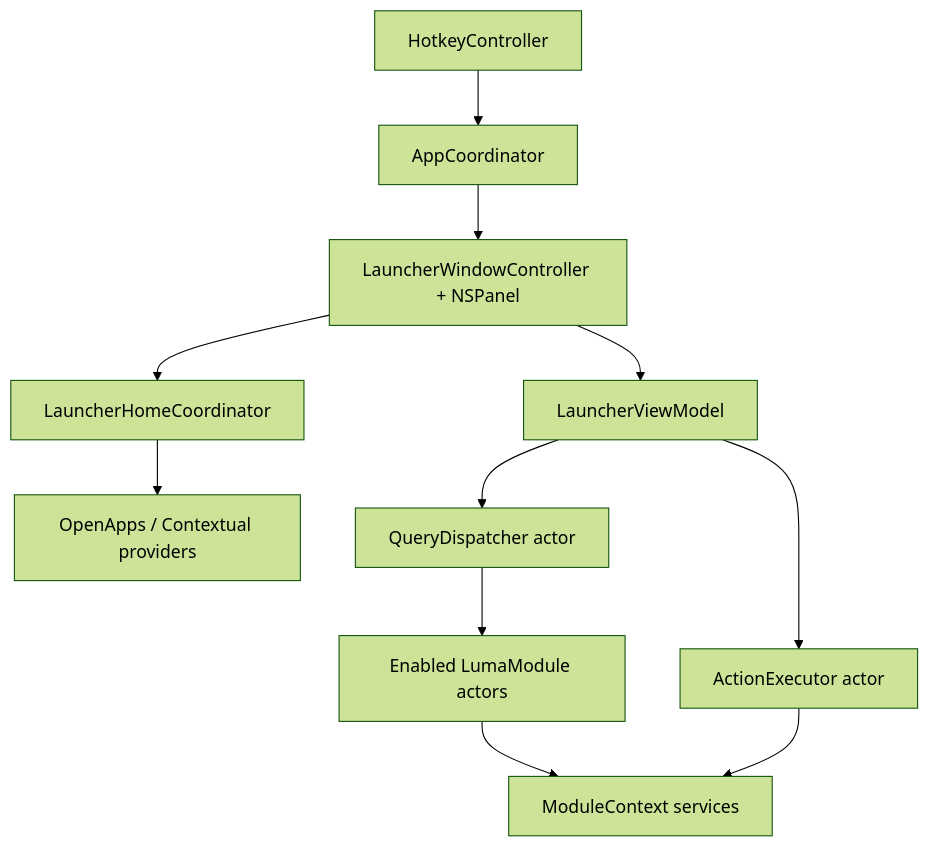
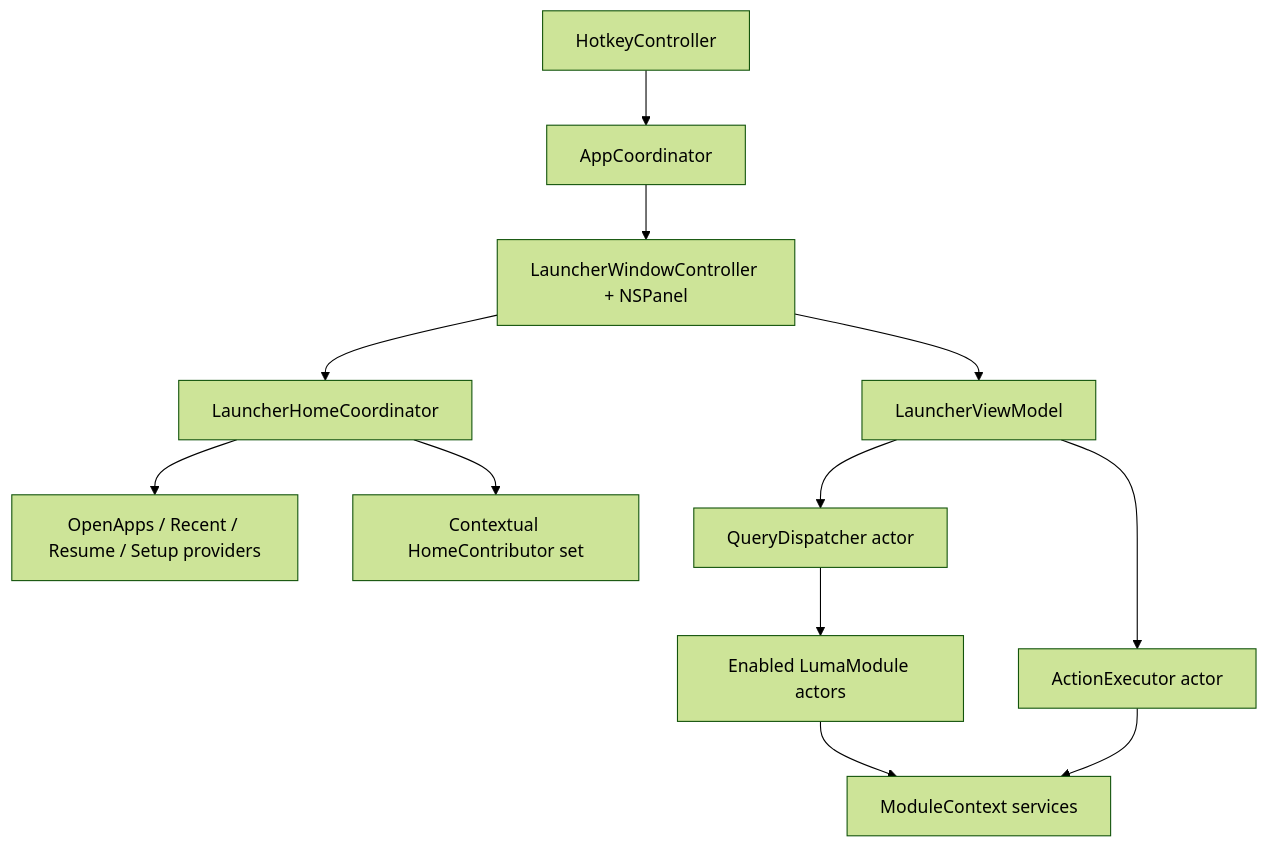
One commit to dyxnb22/Luma changed the diagram in docs/ARCHITECTURE.md. Above: the diagram before and after it, drawn with Mermaid (forest theme). The commit also changed other lines of this file and 82 other files, not shown here.

Commit message:
Refactor navigation and data flow

````diff
--- a/docs/ARCHITECTURE.md
+++ b/docs/ARCHITECTURE.md
@@ -7,13 +7,14 @@
 ```mermaid
 flowchart TD
     Hotkey["HotkeyController"] --> Coordinator["AppCoordinator"]
     Coordinator --> Panel["LauncherWindowController + NSPanel"]
     Panel --> VM["LauncherViewModel"]
     Panel --> Home["LauncherHomeCoordinator"]
-    Home --> Providers["OpenApps / Contextual providers"]
+    Home --> Providers["OpenApps / Recent / Resume / Setup providers"]
+    Home --> Contributors["Contextual HomeContributor set"]
     VM --> Dispatcher["QueryDispatcher actor"]
     Dispatcher --> Modules["Enabled LumaModule actors"]
     Modules --> Services["ModuleContext services"]
     VM --> Executor["ActionExecutor actor"]
     Executor --> Services
 ```
````
